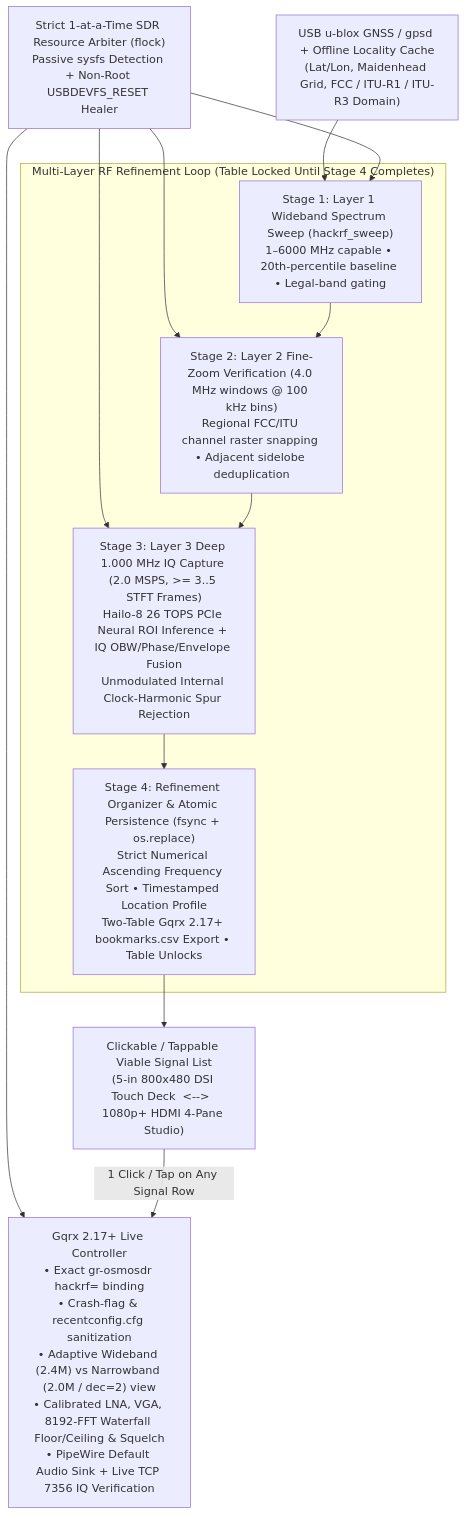
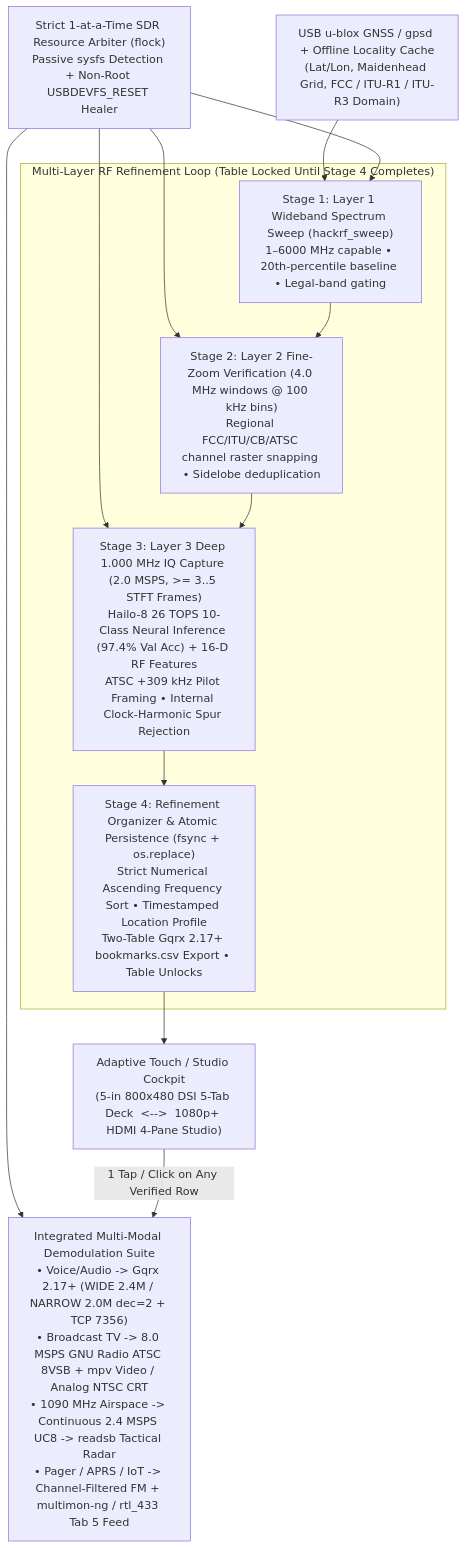
One commit to DynoGator/picto-sight-h8 changed the diagram in README.md. Above: the diagram before and after it, drawn with Mermaid. The commit also changed other lines of this file and 20 other files, not shown here.

````diff
--- a/README.md
+++ b/README.md
@@ -45,19 +83,19 @@
 ```mermaid
 flowchart TD
     GPS["USB u-blox GNSS / gpsd + Offline Locality Cache\n(Lat/Lon, Maidenhead Grid, FCC / ITU-R1 / ITU-R3 Domain)"] --> L1
     ARB["Strict 1-at-a-Time SDR Resource Arbiter (flock)\nPassive sysfs Detection + Non-Root USBDEVFS_RESET Healer"] --> L1
     ARB --> L2
     ARB --> L3
-    ARB --> GQRX
+    ARB --> DEMOD
 
     subgraph PIPELINE["Multi-Layer RF Refinement Loop (Table Locked Until Stage 4 Completes)"]
         L1["Stage 1: Layer 1 Wideband Spectrum Sweep (hackrf_sweep)\n1–6000 MHz capable • 20th-percentile baseline • Legal-band gating"]
-        L2["Stage 2: Layer 2 Fine-Zoom Verification (4.0 MHz windows @ 100 kHz bins)\nRegional FCC/ITU channel raster snapping • Adjacent sidelobe deduplication"]
-        L3["Stage 3: Layer 3 Deep 1.000 MHz IQ Capture (2.0 MSPS, >= 3..5 STFT Frames)\nHailo-8 26 TOPS PCIe Neural ROI Inference + IQ OBW/Phase/Envelope Fusion\nUnmodulated Internal Clock-Harmonic Spur Rejection"]
+        L2["Stage 2: Layer 2 Fine-Zoom Verification (4.0 MHz windows @ 100 kHz bins)\nRegional FCC/ITU/CB/ATSC channel raster snapping • Sidelobe deduplication"]
+        L3["Stage 3: Layer 3 Deep 1.000 MHz IQ Capture (2.0 MSPS, >= 3..5 STFT Frames)\nHailo-8 26 TOPS 10-Class Neural Inference (97.4% Val Acc) + 16-D RF Features\nATSC +309 kHz Pilot Framing • Internal Clock-Harmonic Spur Rejection"]
         L4["Stage 4: Refinement Organizer & Atomic Persistence (fsync + os.replace)\nStrict Numerical Ascending Frequency Sort • Timestamped Location Profile\nTwo-Table Gqrx 2.17+ bookmarks.csv Export • Table Unlocks"]
         L1 --> L2 --> L3 --> L4
     end
 
-    L4 --> UI["Clickable / Tappable Viable Signal List\n(5-in 800x480 DSI Touch Deck  <-->  1080p+ HDMI 4-Pane Studio)"]
-    UI -->|"1 Click / Tap on Any Signal Row"| GQRX["Gqrx 2.17+ Live Controller\n• Exact gr-osmosdr hackrf=<serial> binding\n• Crash-flag & recentconfig.cfg sanitization\n• Adaptive Wideband (2.4M) vs Narrowband (2.0M / dec=2) view\n• Calibrated LNA, VGA, 8192-FFT Waterfall Floor/Ceiling & Squelch\n• PipeWire Default Audio Sink + Live TCP 7356 IQ Verification"]
+    L4 --> UI["Adaptive Touch / Studio Cockpit\n(5-in 800x480 DSI 5-Tab Deck  <-->  1080p+ HDMI 4-Pane Studio)"]
+    UI -->|"1 Tap / Click on Any Verified Row"| DEMOD["Integrated Multi-Modal Demodulation Suite\n• Voice/Audio -> Gqrx 2.17+ (WIDE 2.4M / NARROW 2.0M dec=2 + TCP 7356)\n• Broadcast TV -> 8.0 MSPS GNU Radio ATSC 8VSB + mpv Video / Analog NTSC CRT\n• 1090 MHz Airspace -> Continuous 2.4 MSPS UC8 -> readsb Tactical Radar\n• Pager / APRS / IoT -> Channel-Filtered FM + multimon-ng / rtl_433 Tab 5 Feed"]
 ```
````
